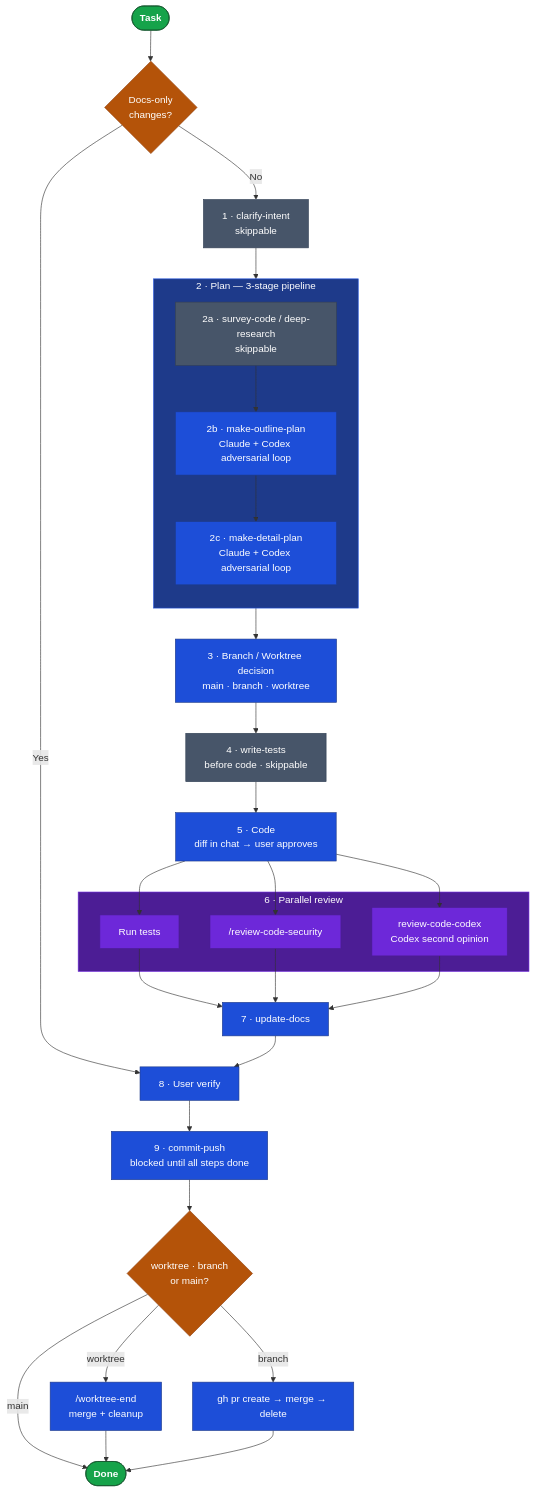
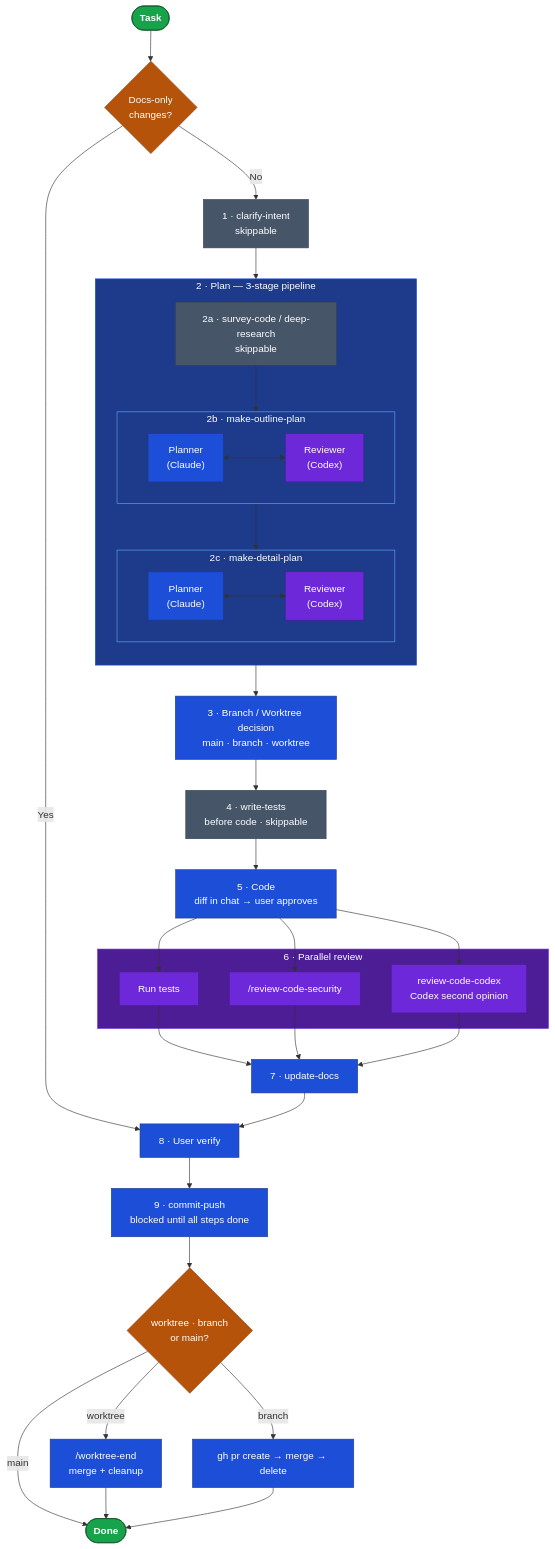
The diagram in README.md (nirecom/agents), drawn with Mermaid before and after one commit. The commit also changed other lines of this file and 15 other files, not shown here.

````diff
--- a/README.md
+++ b/README.md
@@ -23,53 +23,62 @@
 ```mermaid
 flowchart TD
     classDef terminal  fill:#16a34a,stroke:#14532d,color:#fff,font-weight:bold
     classDef decision  fill:#b45309,stroke:#92400e,color:#fff
     classDef skippable fill:#475569,stroke:#334155,color:#fff
     classDef required  fill:#1d4ed8,stroke:#1e3a8a,color:#fff
     classDef parallel  fill:#6d28d9,stroke:#4c1d95,color:#fff
 
     Task([Task]) --> DocCheck{Docs-only<br/>changes?}
     DocCheck -- Yes --> UV["8 · User verify"]
     DocCheck -- No  --> S1["1 · clarify-intent<br/>skippable"]
 
     S1 --> P2a
 
     subgraph Plan["2 · Plan  —  3-stage pipeline"]
         direction TB
-        P2a["2a · survey-code / deep-research<br/>skippable"] --> P2b
-        P2b["2b · make-outline-plan<br/>Claude + Codex adversarial loop"] --> P2c
-        P2c["2c · make-detail-plan<br/>Claude + Codex adversarial loop"]
+        P2a["2a · survey-code / deep-research<br/>skippable"] --> P2b_sg
+        subgraph P2b_sg["2b · make-outline-plan"]
+            direction LR
+            P2b_L["Planner<br/>(Claude)"] <--> P2b_R["Reviewer<br/>(Codex)"]
+        end
+        P2b_sg --> P2c_sg
+        subgraph P2c_sg["2c · make-detail-plan"]
+            direction LR
+            P2c_L["Planner<br/>(Claude)"] <--> P2c_R["Reviewer<br/>(Codex)"]
+        end
     end
 
     Plan --> S3["3 · Branch / Worktree decision<br/>main · branch · worktree"]
     S3   --> S4["4 · write-tests<br/>before code · skippable"]
     S4   --> S5["5 · Code<br/>diff in chat → user approves"]
 
     S5 --> S6a & S6b & S6c
 
     subgraph Review["6 · Parallel review"]
         S6a["Run tests"]
         S6b["/review-code-security"]
         S6c["review-code-codex<br/>Codex second opinion"]
     end
 
     S6a & S6b & S6c --> S7["7 · update-docs"]
     S7 --> UV
     UV --> S9["9 · commit-push<br/>blocked until all steps done"]
 
     S9 --> Cleanup{worktree · branch<br/>or main?}
     Cleanup -- worktree --> WE["/worktree-end<br/>merge + cleanup"]
     Cleanup -- branch   --> PR["gh pr create → merge → delete"]
     Cleanup -- main     --> Done([Done])
     WE --> Done
     PR --> Done
 
     style Plan   fill:#1e3a8a,stroke:#1d4ed8,color:#fff
+    style P2b_sg fill:#1e3a8a,stroke:#60a5fa,color:#fff
+    style P2c_sg fill:#1e3a8a,stroke:#60a5fa,color:#fff
     style Review fill:#4c1d95,stroke:#6d28d9,color:#fff
 
     class Task,Done terminal
     class DocCheck,Cleanup decision
     class S1,P2a,S4 skippable
-    class P2b,P2c,S3,S5,S7,UV,S9,WE,PR required
-    class S6a,S6b,S6c parallel
+    class P2b_L,P2c_L,S3,S5,S7,UV,S9,WE,PR required
+    class P2b_R,P2c_R,S6a,S6b,S6c parallel
 ```
````
